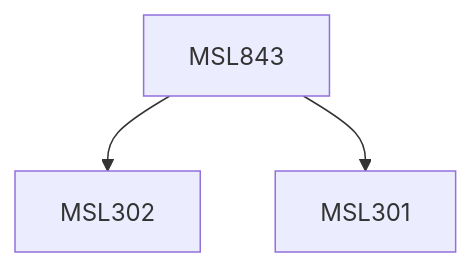
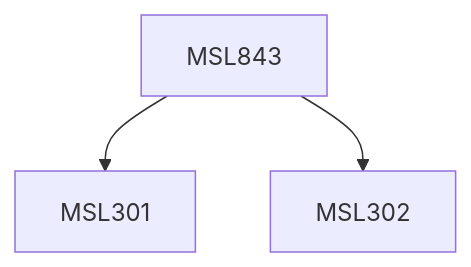
The diagram in content/Management Studies/MSL843.md (KeshavBansal0122/CoS_Website), drawn with Mermaid before and after one commit. The commit also changed other lines of this file and 2662 other files, not shown here.

````diff
--- a/content/Management Studies/MSL843.md
+++ b/content/Management Studies/MSL843.md
@@ -19,9 +19,9 @@
 ```mermaid
 flowchart TD
 MSL843-554[MSL843]
+MSL843-554 --> MSL301-554[MSL301]
 MSL843-554 --> MSL302-554[MSL302]
-MSL843-554 --> MSL301-554[MSL301]
 
 classDef empty height:17px, fill:transparent, stroke:transparent;
 classDef trueEmpty height:0px, width:0px;
 ```
````
